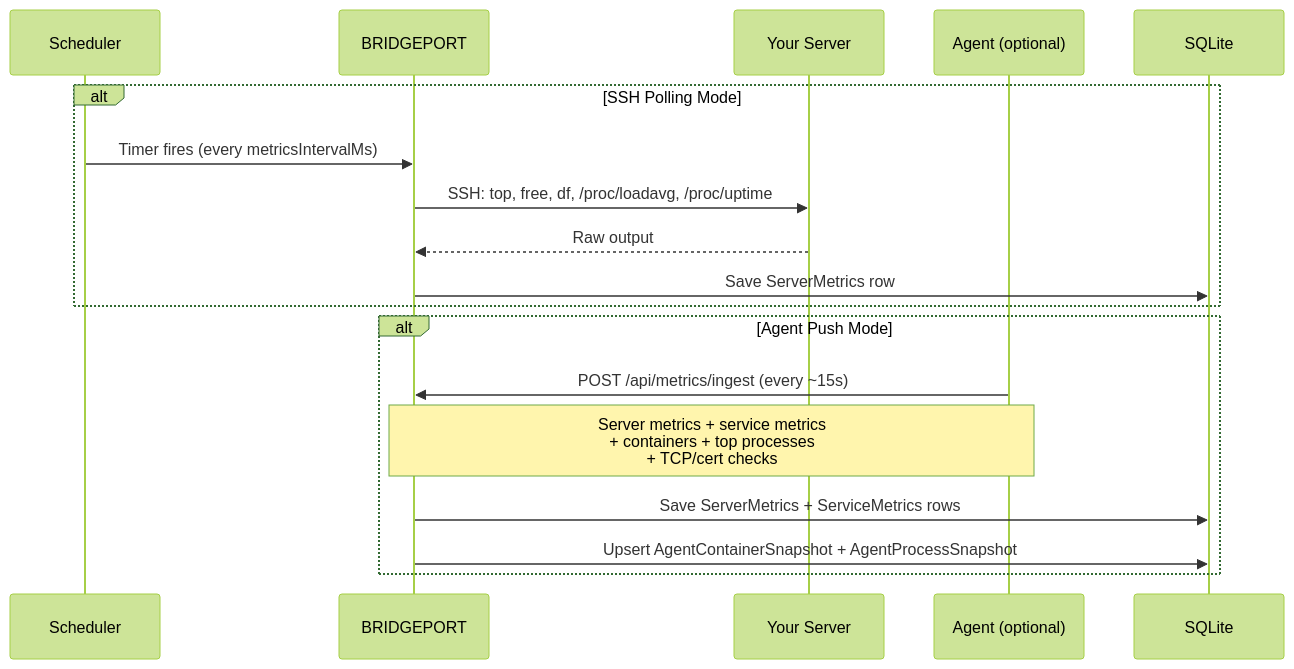
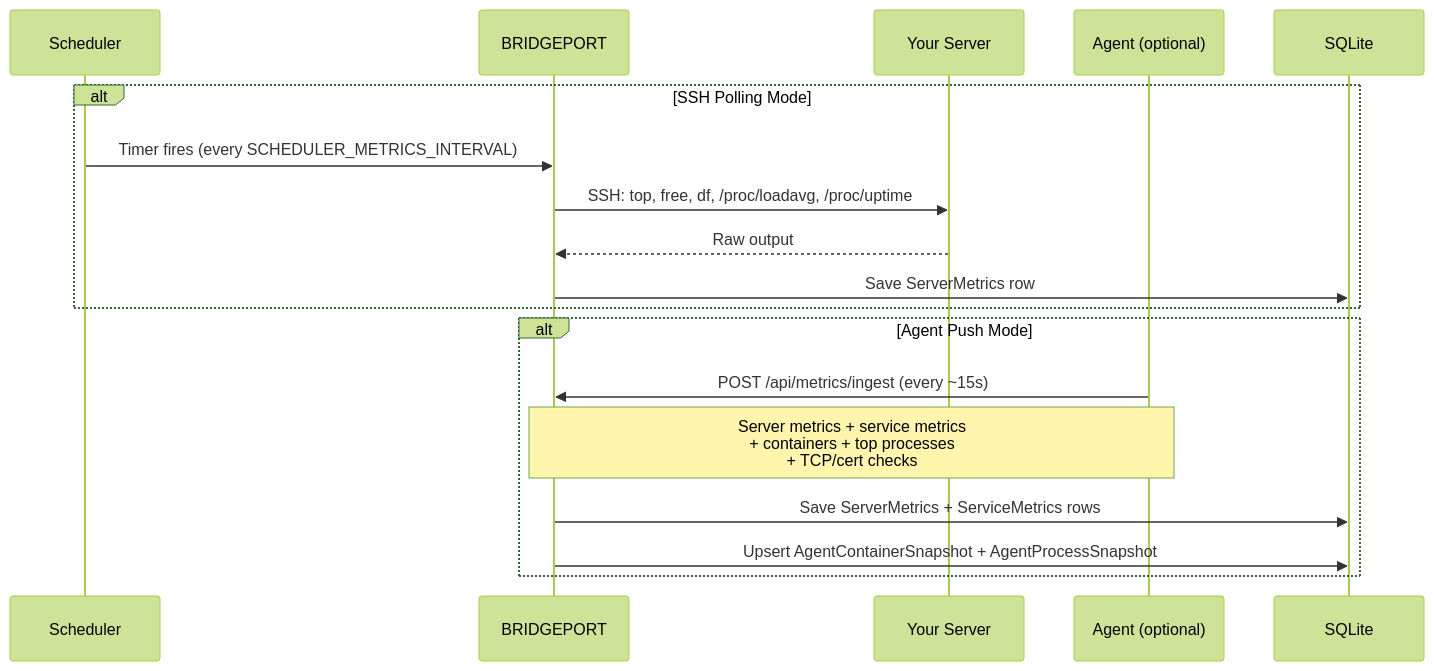
The first of 2 diagrams in docs/guides/monitoring-servers.md (bridgeinpt/bridgeport), drawn with Mermaid (forest theme) before and after one commit. The commit also changed other lines of this file and 38 other files, not shown here.

````diff
--- a/docs/guides/monitoring-servers.md
+++ b/docs/guides/monitoring-servers.md
@@ -18,22 +18,22 @@
 ```mermaid
 sequenceDiagram
     participant S as Scheduler
     participant BP as BRIDGEPORT
     participant SRV as Your Server
     participant A as Agent (optional)
     participant DB as SQLite
 
     alt SSH Polling Mode
-        S->>BP: Timer fires (every metricsIntervalMs)
+        S->>BP: Timer fires (every SCHEDULER_METRICS_INTERVAL)
         BP->>SRV: SSH: top, free, df, /proc/loadavg, /proc/uptime
         SRV-->>BP: Raw output
         BP->>DB: Save ServerMetrics row
     end
 
     alt Agent Push Mode
         A->>BP: POST /api/metrics/ingest (every ~15s)
         Note over A,BP: Server metrics + service metrics<br/>+ containers + top processes<br/>+ TCP/cert checks
         BP->>DB: Save ServerMetrics + ServiceMetrics rows
         BP->>DB: Upsert AgentContainerSnapshot + AgentProcessSnapshot
     end
 ```
````
